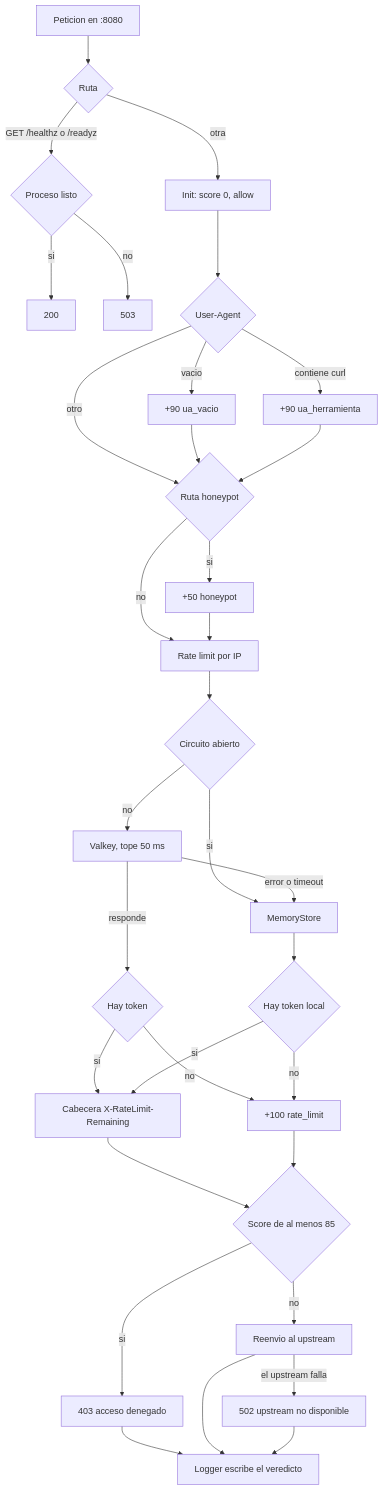
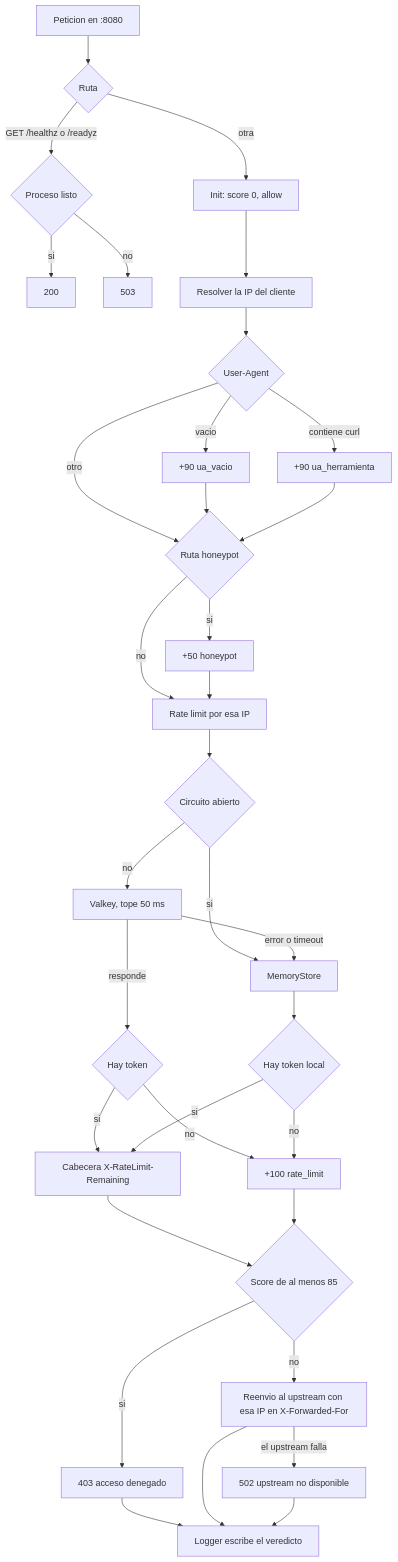
The fourth of 5 diagrams in README.md (fharias/guardian-scrapy), drawn with Mermaid before and after one commit. The commit also changed other lines of this file, not shown here.

````diff
--- a/README.md
+++ b/README.md
@@ -71,39 +93,40 @@
 ```mermaid
 flowchart TD
   inicio[Peticion en :8080] --> ruta{Ruta}
   ruta -->|GET /healthz o /readyz| listo{Proceso listo}
   listo -->|si| r200[200]
   listo -->|no| r503[503]
 
   ruta -->|otra| init["Init: score 0, allow"]
-  init --> ua{User-Agent}
+  init --> ipres[Resolver la IP del cliente]
+  ipres --> ua{User-Agent}
   ua -->|vacio| p90a["+90 ua_vacio"]
   ua -->|contiene curl| p90b["+90 ua_herramienta"]
   ua -->|otro| honey
   p90a --> honey
   p90b --> honey
 
   honey{Ruta honeypot} -->|si| p50["+50 honeypot"]
   honey -->|no| limite
-  p50 --> limite[Rate limit por IP]
+  p50 --> limite[Rate limit por esa IP]
 
   limite --> circuito{Circuito abierto}
   circuito -->|si| local[MemoryStore]
   circuito -->|no| valkey["Valkey, tope 50 ms"]
   valkey -->|responde| cupo{Hay token}
   valkey -->|error o timeout| local
   cupo -->|si| restante[Cabecera X-RateLimit-Remaining]
   cupo -->|no| p100["+100 rate_limit"]
   local --> cupoLocal{Hay token local}
   cupoLocal -->|si| restante
   cupoLocal -->|no| p100
 
   restante --> umbral
   p100 --> umbral{Score de al menos 85}
   umbral -->|si| r403["403 acceso denegado"]
-  umbral -->|no| origen[Reenvio al upstream]
+  umbral -->|no| origen["Reenvio al upstream con esa IP en X-Forwarded-For"]
   origen -->|el upstream falla| r502["502 upstream no disponible"]
   r403 --> registro[Logger escribe el veredicto]
   origen --> registro
   r502 --> registro
 ```
````
